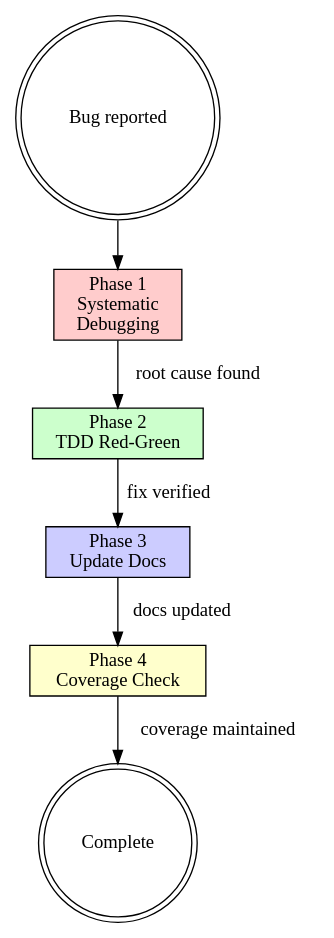
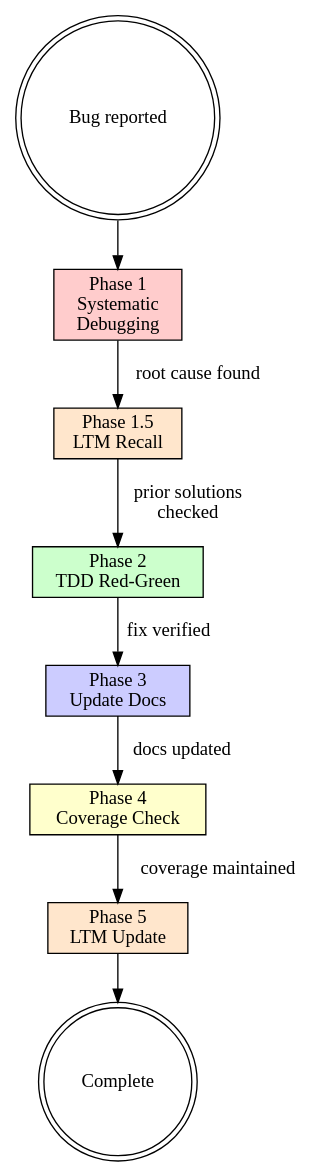
The diagram in bug-solver/SKILL.md (JoshSalomon/my-skills), drawn with Graphviz before and after one commit. The commit also changed other lines of this file, not shown here.

First line of the commit message:
Enhance debugging process with LTM phases

````diff
--- a/bug-solver/SKILL.md
+++ b/bug-solver/SKILL.md
@@ -32,17 +32,21 @@
 ```dot
 digraph bug_solver {
     rankdir=TB;
     start [label="Bug reported", shape=doublecircle];
     debug [label="Phase 1\nSystematic\nDebugging", shape=box, style=filled, fillcolor="#ffcccc"];
+    ltm_recall [label="Phase 1.5\nLTM Recall", shape=box, style=filled, fillcolor="#ffe6cc"];
     test [label="Phase 2\nTDD Red-Green", shape=box, style=filled, fillcolor="#ccffcc"];
     docs [label="Phase 3\nUpdate Docs", shape=box, style=filled, fillcolor="#ccccff"];
     coverage [label="Phase 4\nCoverage Check", shape=box, style=filled, fillcolor="#ffffcc"];
+    ltm_store [label="Phase 5\nLTM Update", shape=box, style=filled, fillcolor="#ffe6cc"];
     done [label="Complete", shape=doublecircle];
 
     start -> debug;
-    debug -> test [label="root cause found"];
+    debug -> ltm_recall [label="root cause found"];
+    ltm_recall -> test [label="prior solutions\nchecked"];
     test -> docs [label="fix verified"];
     docs -> coverage [label="docs updated"];
-    coverage -> done [label="coverage maintained"];
+    coverage -> ltm_store [label="coverage maintained"];
+    ltm_store -> done;
 }
 ```
````
